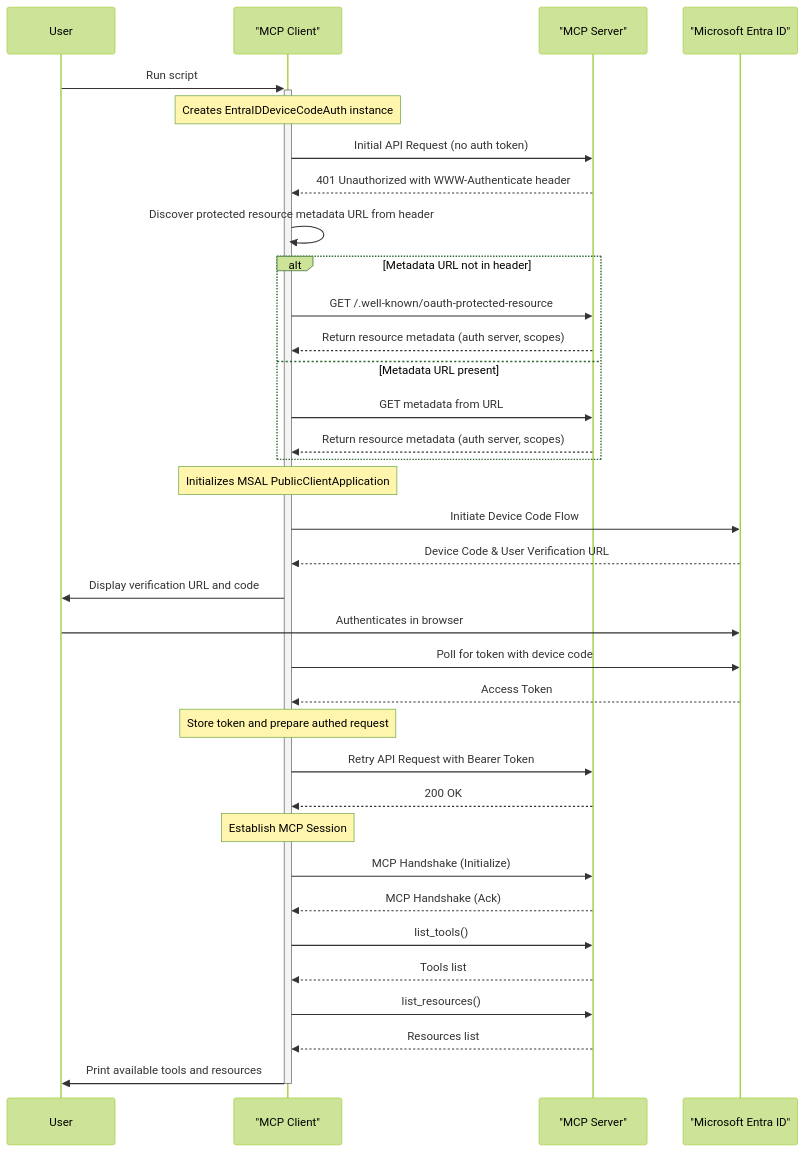
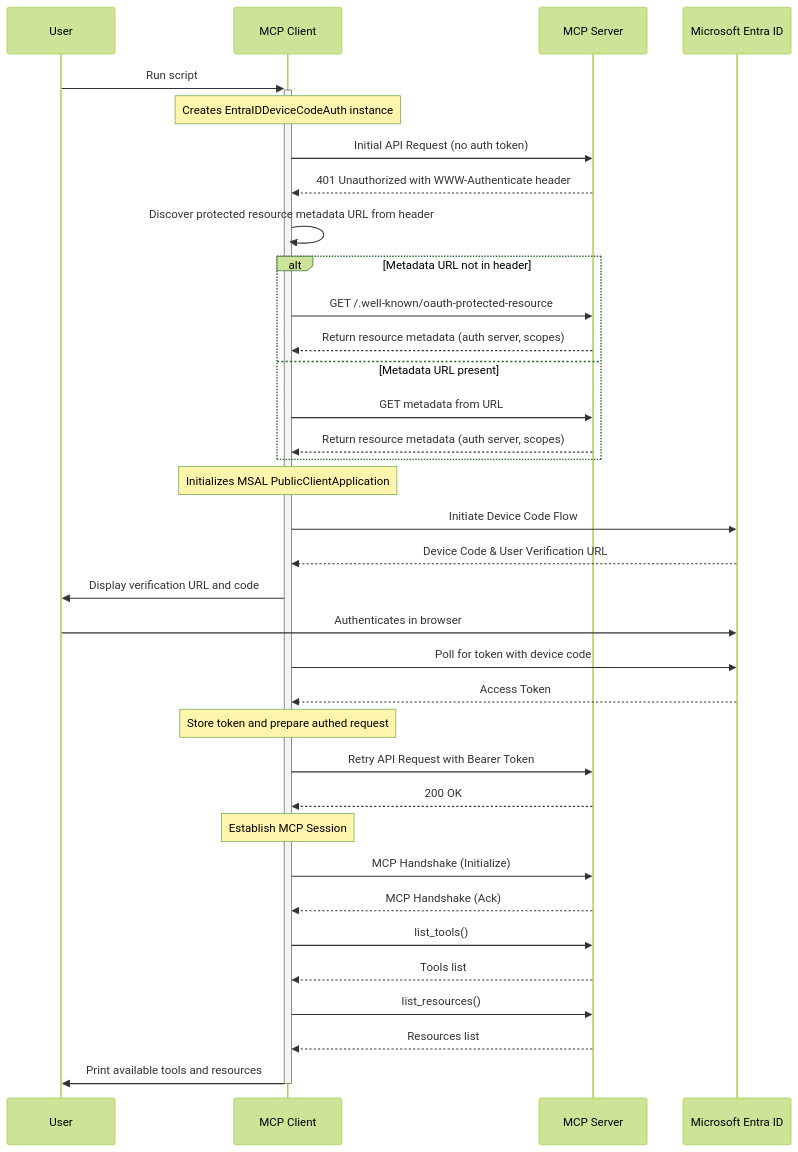
The second of 5 diagrams in README.md (huangyingting/mcp-workshop), drawn with Mermaid (forest theme) before and after one commit.

Commit message:
Fix formatting in architecture sequence diagram

````diff
--- a/README.md
+++ b/README.md
@@ -320,48 +320,48 @@
 ```mermaid
 sequenceDiagram
     participant User
-    participant Client as "MCP Client"
-    participant MCPServer as "MCP Server"
-    participant EntraID as "Microsoft Entra ID"
+    participant Client as MCP Client
+    participant MCPServer as MCP Server
+    participant EntraID as Microsoft Entra ID
 
     User->>+Client: Run script
 
     Note over Client: Creates EntraIDDeviceCodeAuth instance
     Client->>MCPServer: Initial API Request (no auth token)
     MCPServer-->>Client: 401 Unauthorized with WWW-Authenticate header
 
     Client->>Client: Discover protected resource metadata URL from header
     alt Metadata URL not in header
         Client->>MCPServer: GET /.well-known/oauth-protected-resource
         MCPServer-->>Client: Return resource metadata (auth server, scopes)
     else Metadata URL present
         Client->>MCPServer: GET metadata from URL
         MCPServer-->>Client: Return resource metadata (auth server, scopes)
     end
 
     Note over Client: Initializes MSAL PublicClientApplication
     Client->>EntraID: Initiate Device Code Flow
     EntraID-->>Client: Device Code & User Verification URL
 
     Client->>User: Display verification URL and code
     User->>EntraID: Authenticates in browser
     
     Client->>EntraID: Poll for token with device code
     EntraID-->>Client: Access Token
 
     Note over Client: Store token and prepare authed request
     Client->>MCPServer: Retry API Request with Bearer Token
     MCPServer-->>Client: 200 OK
 
     Note over Client: Establish MCP Session
     Client->>MCPServer: MCP Handshake (Initialize)
     MCPServer-->>Client: MCP Handshake (Ack)
 
     Client->>MCPServer: list_tools()
     MCPServer-->>Client: Tools list
 
     Client->>MCPServer: list_resources()
     MCPServer-->>Client: Resources list
 
     Client->>-User: Print available tools and resources
 ```
````
